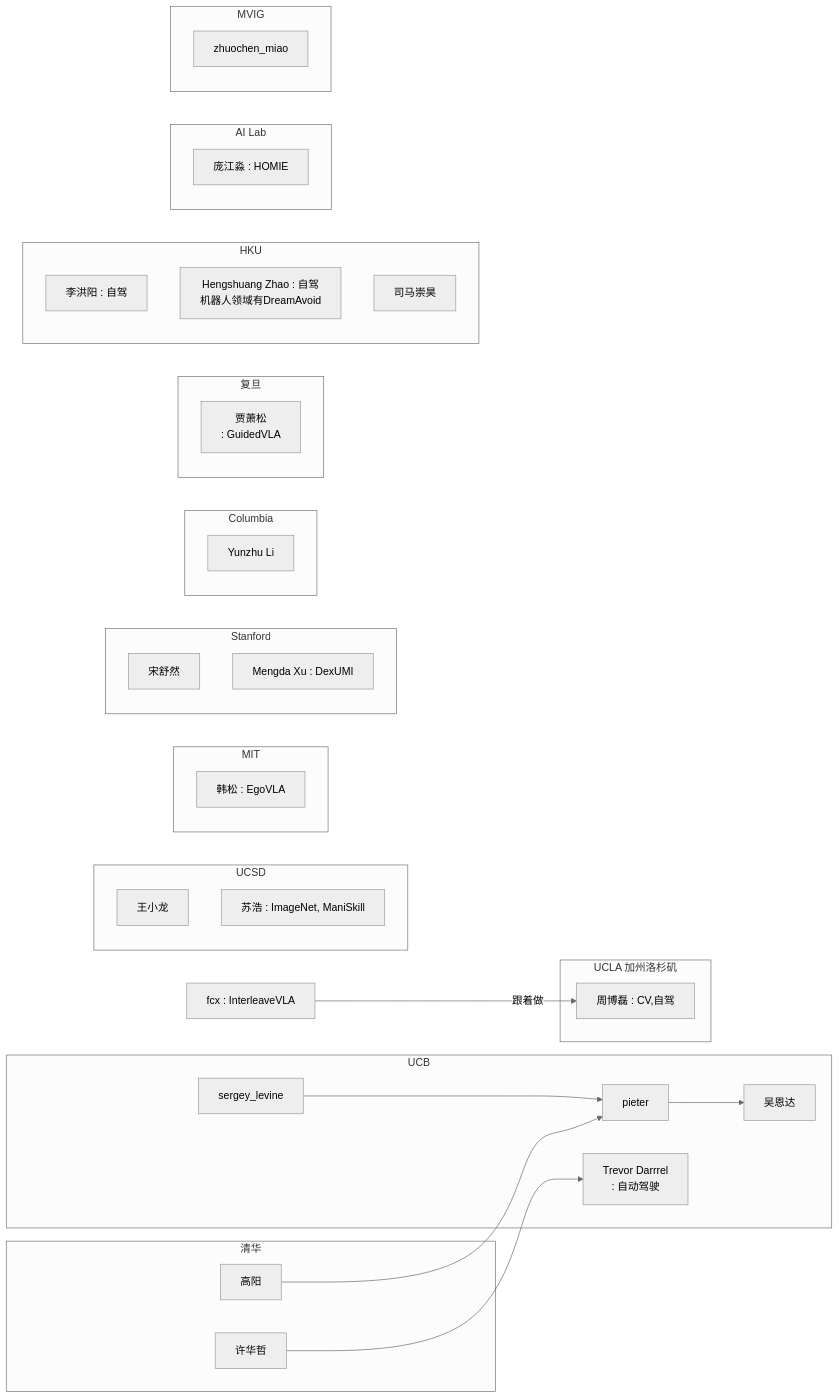
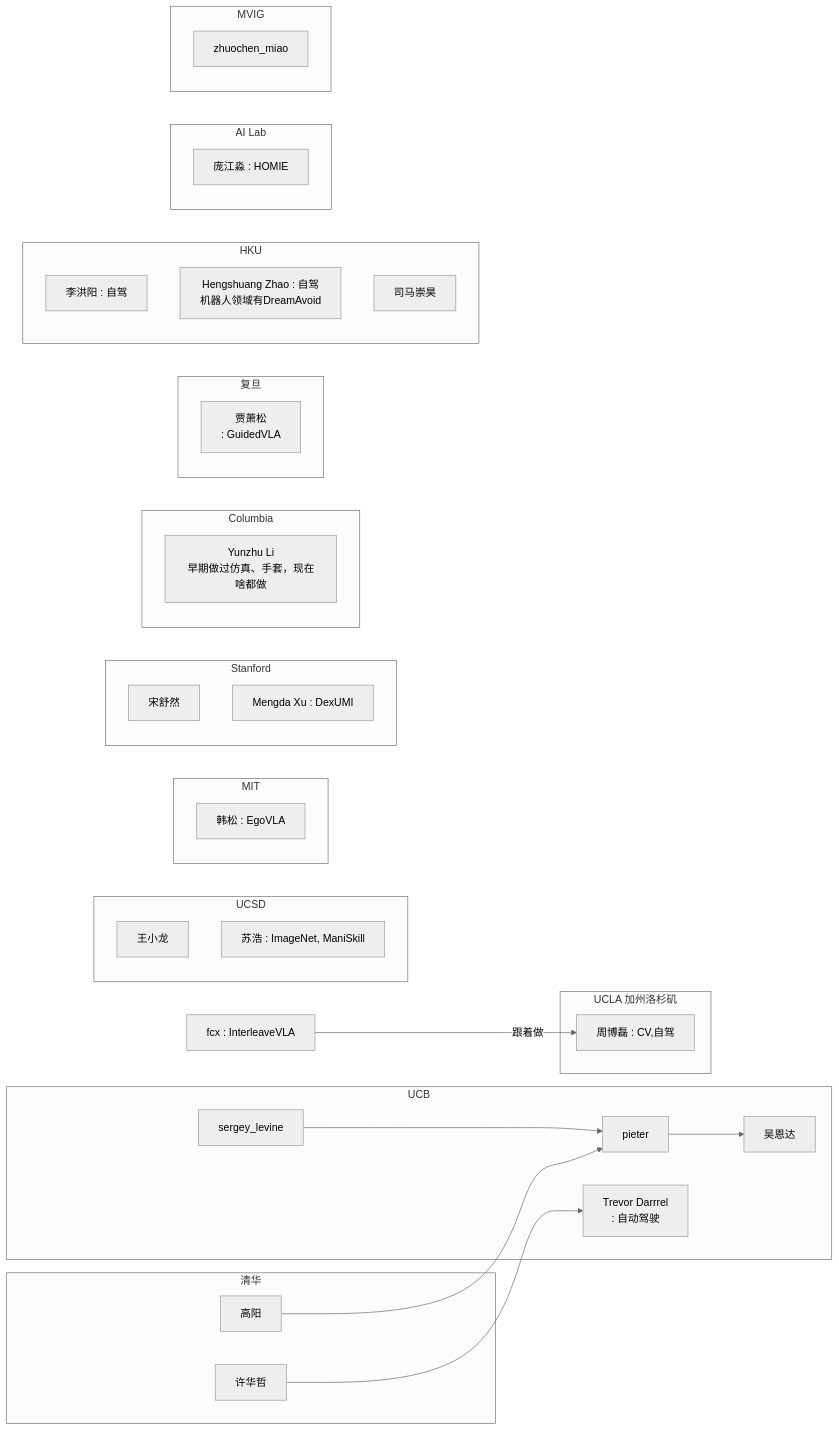
Before and after one commit to julyfun/how-to: the first of 2 diagrams in peoples.md, drawn with Mermaid (neutral theme). The commit also changed other lines of this file and 1 other file, not shown here.

````diff
--- a/peoples.md
+++ b/peoples.md
@@ -11,54 +11,54 @@
 ```mermaid
 flowchart LR
     subgraph UCB
         pieter --> wuenda[吴恩达]
         sergey_levine --> pieter
         trevor_darrrel[Trevor Darrrel<br> : 自动驾驶]
     end
 
     subgraph 清华
         yang_gao[高阳] --> pieter
         huazhe[许华哲] --> trevor_darrrel
     end
 
     subgraph UCSD
         xiaolong_wang[王小龙]
         hao_su[苏浩 : ImageNet, ManiSkill]
     end
 
     subgraph MIT
         song_han[韩松 : EgoVLA]
     end
 
     subgraph Stanford
         shurang_song[宋舒然]
         mengda_xu[Mengda Xu : DexUMI]
     end
 
     subgraph Columbia
-        yunzhu_li[Yunzhu Li]
+        yunzhu_li[Yunzhu Li<br>早期做过仿真、手套，现在啥都做]
     end
 
     fcx[fcx : InterleaveVLA] -->|"跟着做"| bolei_zhou
     subgraph UCLA 加州洛杉矶
         bolei_zhou[周博磊 : CV,自驾]
     end
 
     subgraph 复旦
         xiaosong_jia[贾萧松<br>: GuidedVLA]
     end
 
     subgraph HKU
         hongyang_li[李洪阳 : 自驾]
         hengshuang_zhao[Hengshuang Zhao : 自驾 <br> 机器人领域有DreamAvoid]
         chonghao[司马崇昊]
     end
 
     subgraph AI Lab
         jiangmiao_pang[庞江淼 : HOMIE]
     end
 
     subgraph MVIG
         zhuochen_miao
     end
 ```
````
